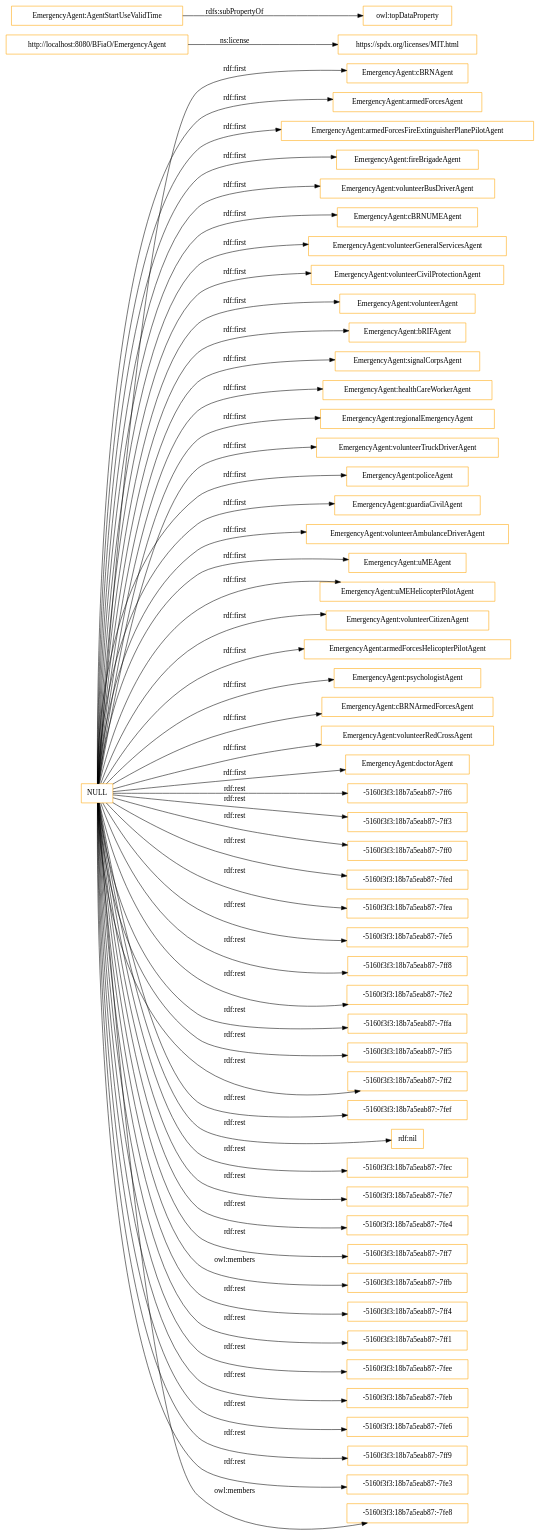
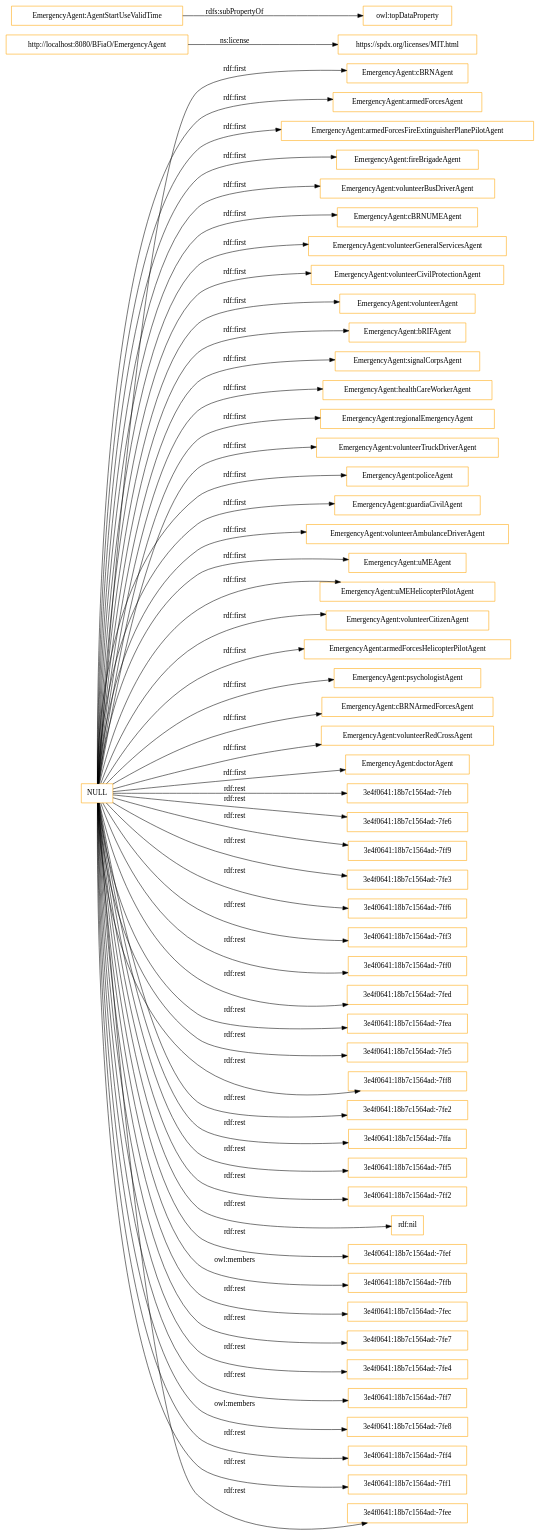
One commit to ahmad88me/bfiao changed the diagram in OnToology/EmergencyAgent.owl/diagrams/ar2dtool-class/EmergencyAgent.owl.png.dot. Above: the diagram before and after it, drawn with Graphviz. The commit also changed 88 other files, not shown here.

```diff
--- a/OnToology/EmergencyAgent.owl/diagrams/ar2dtool-class/EmergencyAgent.owl.png.dot
+++ b/OnToology/EmergencyAgent.owl/diagrams/ar2dtool-class/EmergencyAgent.owl.png.dot
@@ -1,59 +1,59 @@
 digraph ar2dtool_diagram { 
 rankdir=LR;
 size="1501"
 node [shape = rectangle, color="orange"]; "EmergencyAgent:cBRNAgent" "EmergencyAgent:armedForcesAgent" "EmergencyAgent:armedForcesFireExtinguisherPlanePilotAgent" "EmergencyAgent:fireBrigadeAgent" "EmergencyAgent:volunteerBusDriverAgent" "EmergencyAgent:cBRNUMEAgent" "EmergencyAgent:volunteerGeneralServicesAgent" "EmergencyAgent:volunteerCivilProtectionAgent" "EmergencyAgent:volunteerAgent" "EmergencyAgent:bRIFAgent" "EmergencyAgent:signalCorpsAgent" "EmergencyAgent:healthCareWorkerAgent" "EmergencyAgent:regionalEmergencyAgent" "EmergencyAgent:volunteerTruckDriverAgent" "EmergencyAgent:policeAgent" "EmergencyAgent:guardiaCivilAgent" "EmergencyAgent:volunteerAmbulanceDriverAgent" "EmergencyAgent:uMEAgent" "EmergencyAgent:uMEHelicopterPilotAgent" "EmergencyAgent:volunteerCitizenAgent" "EmergencyAgent:armedForcesHelicopterPilotAgent" "EmergencyAgent:psychologistAgent" "EmergencyAgent:cBRNArmedForcesAgent" "EmergencyAgent:volunteerRedCrossAgent" "EmergencyAgent:doctorAgent" ; /*classes style*/
 	"http://localhost:8080/BFiaO/EmergencyAgent" -> "https://spdx.org/licenses/MIT.html" [ label = "ns:license" ];
-	"NULL" -> "-5160f3f3:18b7a5eab87:-7ff6" [ label = "rdf:rest" ];
 	"NULL" -> "EmergencyAgent:volunteerTruckDriverAgent" [ label = "rdf:first" ];
-	"NULL" -> "-5160f3f3:18b7a5eab87:-7ff3" [ label = "rdf:rest" ];
-	"NULL" -> "-5160f3f3:18b7a5eab87:-7ff0" [ label = "rdf:rest" ];
+	"NULL" -> "3e4f0641:18b7c1564ad:-7feb" [ label = "rdf:rest" ];
+	"NULL" -> "3e4f0641:18b7c1564ad:-7fe6" [ label = "rdf:rest" ];
+	"NULL" -> "3e4f0641:18b7c1564ad:-7ff9" [ label = "rdf:rest" ];
+	"NULL" -> "3e4f0641:18b7c1564ad:-7fe3" [ label = "rdf:rest" ];
+	"NULL" -> "3e4f0641:18b7c1564ad:-7ff6" [ label = "rdf:rest" ];
+	"NULL" -> "3e4f0641:18b7c1564ad:-7ff3" [ label = "rdf:rest" ];
 	"NULL" -> "EmergencyAgent:uMEHelicopterPilotAgent" [ label = "rdf:first" ];
 	"NULL" -> "EmergencyAgent:bRIFAgent" [ label = "rdf:first" ];
 	"NULL" -> "EmergencyAgent:volunteerGeneralServicesAgent" [ label = "rdf:first" ];
-	"NULL" -> "-5160f3f3:18b7a5eab87:-7fed" [ label = "rdf:rest" ];
-	"NULL" -> "-5160f3f3:18b7a5eab87:-7fea" [ label = "rdf:rest" ];
-	"NULL" -> "-5160f3f3:18b7a5eab87:-7fe5" [ label = "rdf:rest" ];
+	"NULL" -> "3e4f0641:18b7c1564ad:-7ff0" [ label = "rdf:rest" ];
 	"NULL" -> "EmergencyAgent:cBRNArmedForcesAgent" [ label = "rdf:first" ];
 	"NULL" -> "EmergencyAgent:regionalEmergencyAgent" [ label = "rdf:first" ];
-	"NULL" -> "-5160f3f3:18b7a5eab87:-7ff8" [ label = "rdf:rest" ];
 	"NULL" -> "EmergencyAgent:fireBrigadeAgent" [ label = "rdf:first" ];
-	"NULL" -> "-5160f3f3:18b7a5eab87:-7fe2" [ label = "rdf:rest" ];
+	"NULL" -> "3e4f0641:18b7c1564ad:-7fed" [ label = "rdf:rest" ];
 	"NULL" -> "EmergencyAgent:volunteerRedCrossAgent" [ label = "rdf:first" ];
-	"NULL" -> "-5160f3f3:18b7a5eab87:-7ffa" [ label = "rdf:rest" ];
-	"NULL" -> "-5160f3f3:18b7a5eab87:-7ff5" [ label = "rdf:rest" ];
-	"NULL" -> "-5160f3f3:18b7a5eab87:-7ff2" [ label = "rdf:rest" ];
-	"NULL" -> "-5160f3f3:18b7a5eab87:-7fef" [ label = "rdf:rest" ];
+	"NULL" -> "3e4f0641:18b7c1564ad:-7fea" [ label = "rdf:rest" ];
+	"NULL" -> "3e4f0641:18b7c1564ad:-7fe5" [ label = "rdf:rest" ];
+	"NULL" -> "3e4f0641:18b7c1564ad:-7ff8" [ label = "rdf:rest" ];
+	"NULL" -> "3e4f0641:18b7c1564ad:-7fe2" [ label = "rdf:rest" ];
+	"NULL" -> "3e4f0641:18b7c1564ad:-7ffa" [ label = "rdf:rest" ];
+	"NULL" -> "3e4f0641:18b7c1564ad:-7ff5" [ label = "rdf:rest" ];
 	"NULL" -> "EmergencyAgent:armedForcesHelicopterPilotAgent" [ label = "rdf:first" ];
+	"NULL" -> "3e4f0641:18b7c1564ad:-7ff2" [ label = "rdf:rest" ];
 	"NULL" -> "rdf:nil" [ label = "rdf:rest" ];
 	"NULL" -> "EmergencyAgent:doctorAgent" [ label = "rdf:first" ];
-	"NULL" -> "-5160f3f3:18b7a5eab87:-7fec" [ label = "rdf:rest" ];
-	"NULL" -> "-5160f3f3:18b7a5eab87:-7fe7" [ label = "rdf:rest" ];
-	"NULL" -> "-5160f3f3:18b7a5eab87:-7fe4" [ label = "rdf:rest" ];
+	"NULL" -> "3e4f0641:18b7c1564ad:-7fef" [ label = "rdf:rest" ];
 	"NULL" -> "EmergencyAgent:guardiaCivilAgent" [ label = "rdf:first" ];
+	"NULL" -> "3e4f0641:18b7c1564ad:-7ffb" [ label = "owl:members" ];
 	"NULL" -> "EmergencyAgent:psychologistAgent" [ label = "rdf:first" ];
-	"NULL" -> "-5160f3f3:18b7a5eab87:-7ff7" [ label = "rdf:rest" ];
-	"NULL" -> "-5160f3f3:18b7a5eab87:-7ffb" [ label = "owl:members" ];
-	"NULL" -> "-5160f3f3:18b7a5eab87:-7ff4" [ label = "rdf:rest" ];
-	"NULL" -> "EmergencyAgent:cBRNAgent" [ label = "rdf:first" ];
+	"NULL" -> "3e4f0641:18b7c1564ad:-7fec" [ label = "rdf:rest" ];
+	"NULL" -> "3e4f0641:18b7c1564ad:-7fe7" [ label = "rdf:rest" ];
 	"NULL" -> "EmergencyAgent:healthCareWorkerAgent" [ label = "rdf:first" ];
 	"NULL" -> "EmergencyAgent:armedForcesAgent" [ label = "rdf:first" ];
+	"NULL" -> "EmergencyAgent:cBRNAgent" [ label = "rdf:first" ];
+	"NULL" -> "3e4f0641:18b7c1564ad:-7fe4" [ label = "rdf:rest" ];
 	"NULL" -> "EmergencyAgent:policeAgent" [ label = "rdf:first" ];
-	"NULL" -> "-5160f3f3:18b7a5eab87:-7ff1" [ label = "rdf:rest" ];
+	"NULL" -> "3e4f0641:18b7c1564ad:-7ff7" [ label = "rdf:rest" ];
+	"NULL" -> "3e4f0641:18b7c1564ad:-7fe8" [ label = "owl:members" ];
+	"NULL" -> "3e4f0641:18b7c1564ad:-7ff4" [ label = "rdf:rest" ];
 	"NULL" -> "EmergencyAgent:volunteerAgent" [ label = "rdf:first" ];
 	"NULL" -> "EmergencyAgent:volunteerAmbulanceDriverAgent" [ label = "rdf:first" ];
 	"NULL" -> "EmergencyAgent:signalCorpsAgent" [ label = "rdf:first" ];
-	"NULL" -> "-5160f3f3:18b7a5eab87:-7fee" [ label = "rdf:rest" ];
 	"NULL" -> "EmergencyAgent:volunteerBusDriverAgent" [ label = "rdf:first" ];
+	"NULL" -> "3e4f0641:18b7c1564ad:-7ff1" [ label = "rdf:rest" ];
 	"NULL" -> "EmergencyAgent:uMEAgent" [ label = "rdf:first" ];
 	"NULL" -> "EmergencyAgent:volunteerCitizenAgent" [ label = "rdf:first" ];
-	"NULL" -> "-5160f3f3:18b7a5eab87:-7feb" [ label = "rdf:rest" ];
-	"NULL" -> "-5160f3f3:18b7a5eab87:-7fe6" [ label = "rdf:rest" ];
 	"NULL" -> "EmergencyAgent:volunteerCivilProtectionAgent" [ label = "rdf:first" ];
-	"NULL" -> "-5160f3f3:18b7a5eab87:-7ff9" [ label = "rdf:rest" ];
 	"NULL" -> "EmergencyAgent:cBRNUMEAgent" [ label = "rdf:first" ];
-	"NULL" -> "-5160f3f3:18b7a5eab87:-7fe3" [ label = "rdf:rest" ];
-	"NULL" -> "-5160f3f3:18b7a5eab87:-7fe8" [ label = "owl:members" ];
+	"NULL" -> "3e4f0641:18b7c1564ad:-7fee" [ label = "rdf:rest" ];
 	"NULL" -> "EmergencyAgent:armedForcesFireExtinguisherPlanePilotAgent" [ label = "rdf:first" ];
 	"EmergencyAgent:AgentStartUseValidTime" -> "owl:topDataProperty" [ label = "rdfs:subPropertyOf" ];
 
 }
```
